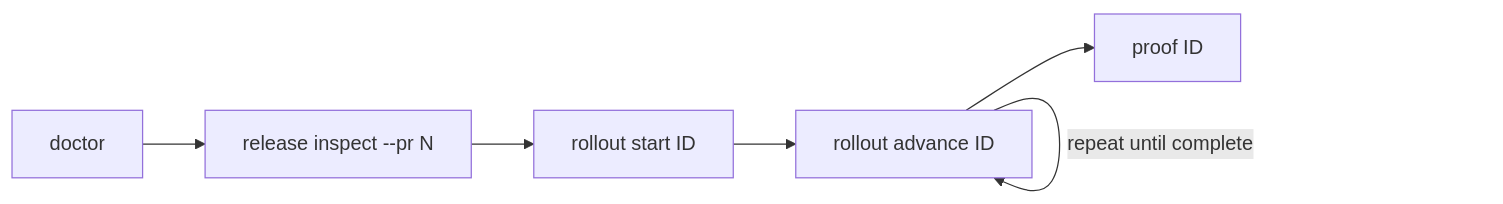
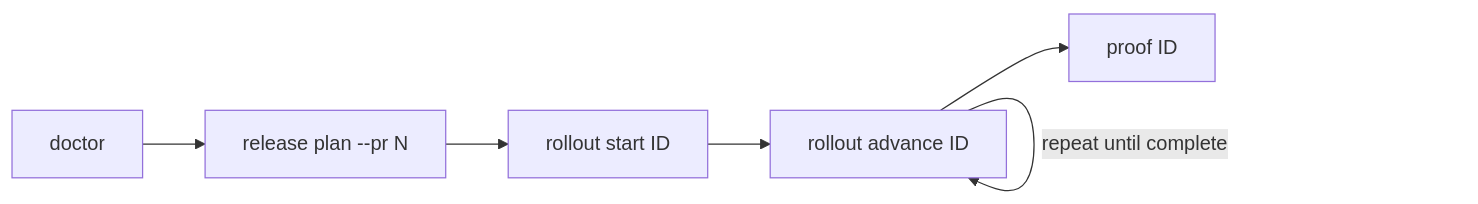
Before and after one commit to AndrewMaged814/safelane: the diagram in website/src/content/docs/guides/release-end-to-end.md, drawn with Mermaid. The commit also changed other lines of this file and 135 other files, not shown here.

````diff
--- a/website/src/content/docs/guides/release-end-to-end.md
+++ b/website/src/content/docs/guides/release-end-to-end.md
@@ -10,8 +10,8 @@
 ```mermaid
 flowchart LR
-  A["doctor"] --> B["release inspect --pr N"]
+  A["doctor"] --> B["release plan --pr N"]
   B --> C["rollout start ID"]
   C --> D["rollout advance ID"]
   D -->|repeat until complete| D
   D --> E["proof ID"]
 ```
````
